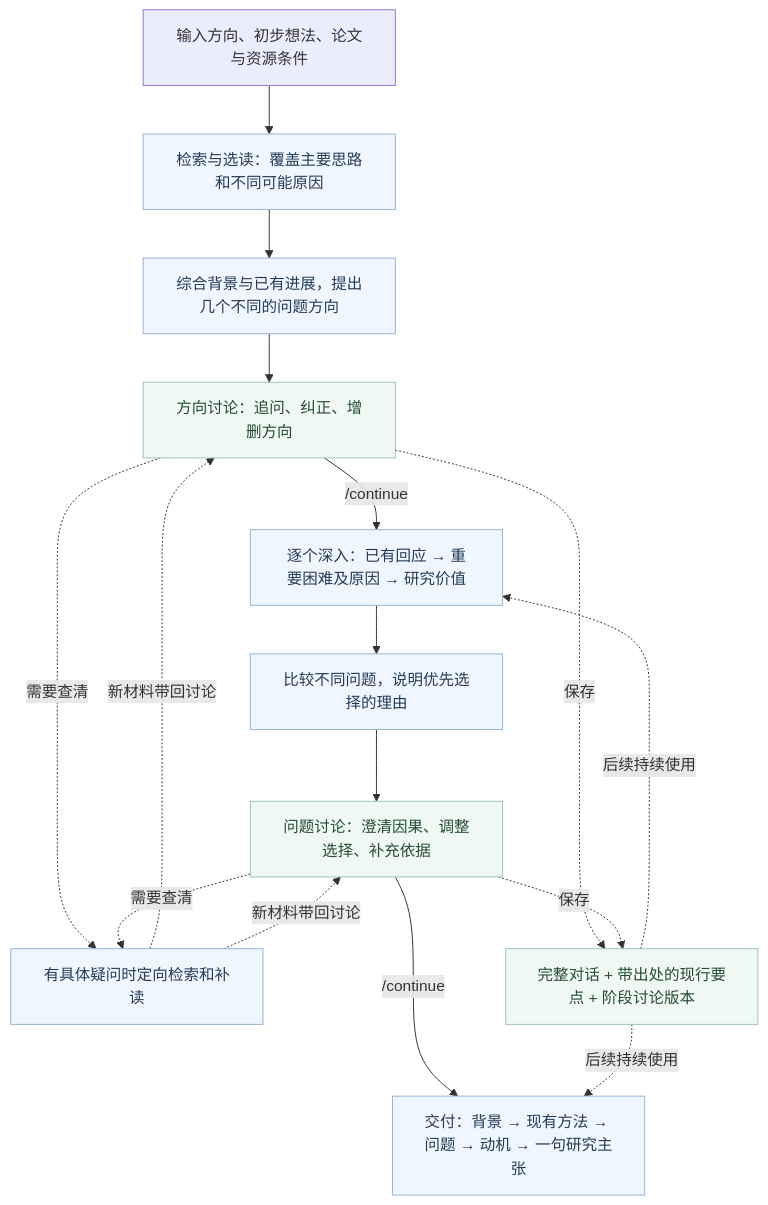
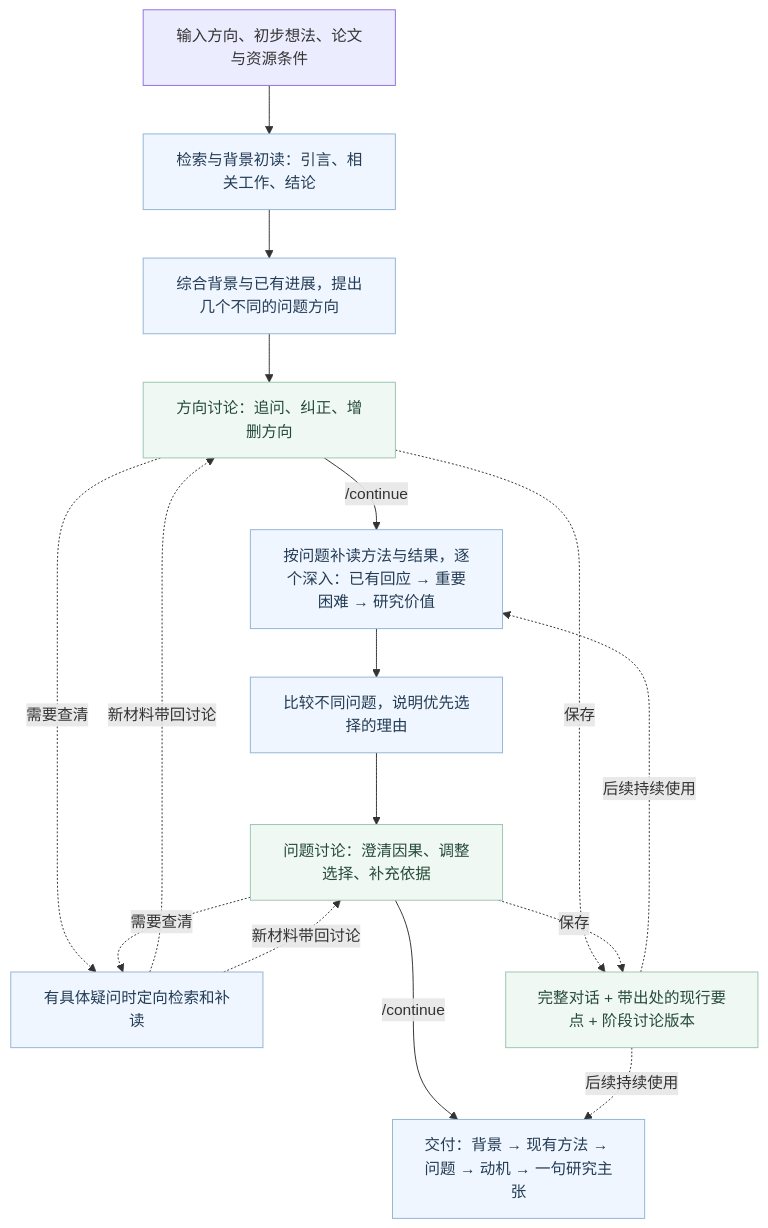
The diagram in README.md (ghh1125/Research-idea), drawn with Mermaid before and after one commit. The commit also changed other lines of this file and 30 other files, not shown here.

````diff
--- a/README.md
+++ b/README.md
@@ -27,29 +27,29 @@
 ```mermaid
 flowchart TD
     U["输入方向、初步想法、论文与资源条件"]
-    A["检索与选读：覆盖主要思路和不同可能原因"]
+    A["检索与背景初读：引言、相关工作、结论"]
     B["综合背景与已有进展，提出几个不同的问题方向"]
     D["方向讨论：追问、纠正、增删方向"]
-    C["逐个深入：已有回应 → 重要困难及原因 → 研究价值"]
+    C["按问题补读方法与结果，逐个深入：已有回应 → 重要困难 → 研究价值"]
     E["比较不同问题，说明优先选择的理由"]
     P["问题讨论：澄清因果、调整选择、补充依据"]
     R["有具体疑问时定向检索和补读"]
     O["交付：背景 → 现有方法 → 问题 → 动机 → 一句研究主张"]
     M["完整对话 + 带出处的现行要点 + 阶段讨论版本"]
     U --> A --> B --> D
     D -->|/continue| C
     C --> E --> P
     P -->|/continue| O
     D -.需要查清.-> R
     P -.需要查清.-> R
     R -.新材料带回讨论.-> D
     R -.新材料带回讨论.-> P
     D -.保存.-> M
     P -.保存.-> M
     M -.后续持续使用.-> C
     M -.后续持续使用.-> O
     classDef work fill:#eff6ff,stroke:#93b4d6,color:#243c55
     classDef discuss fill:#f0f8f4,stroke:#9ac6af,color:#254b38
     class A,B,C,E,R,O work
     class D,P,M discuss
 ```
````
